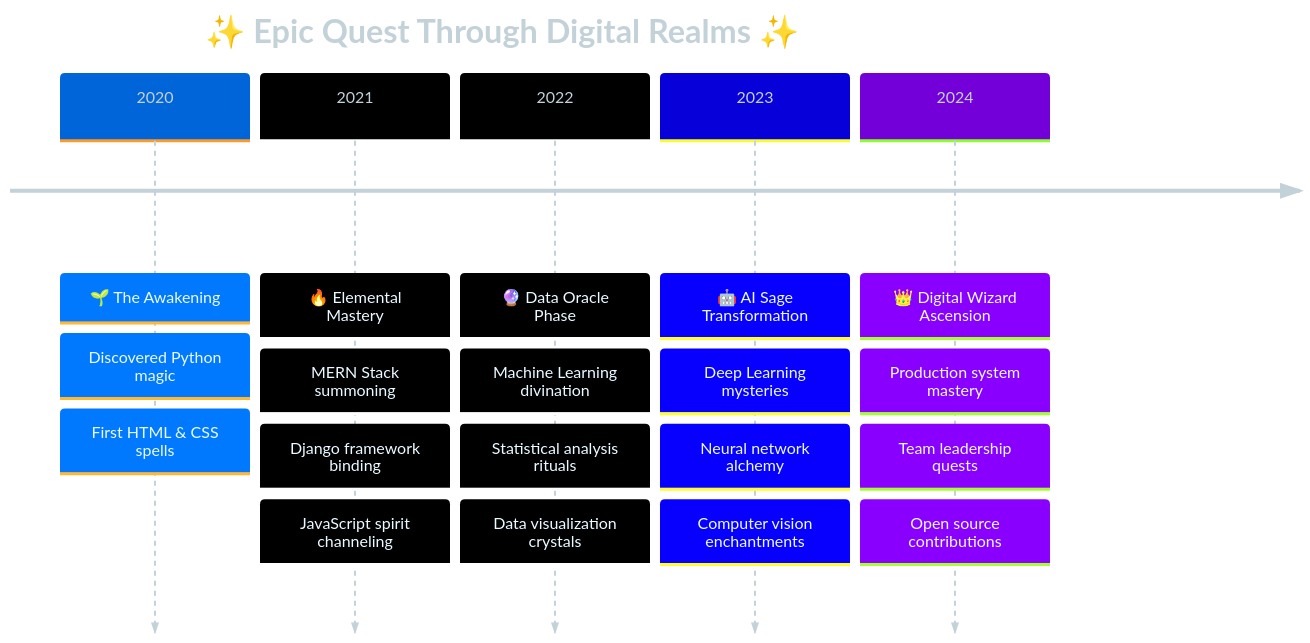
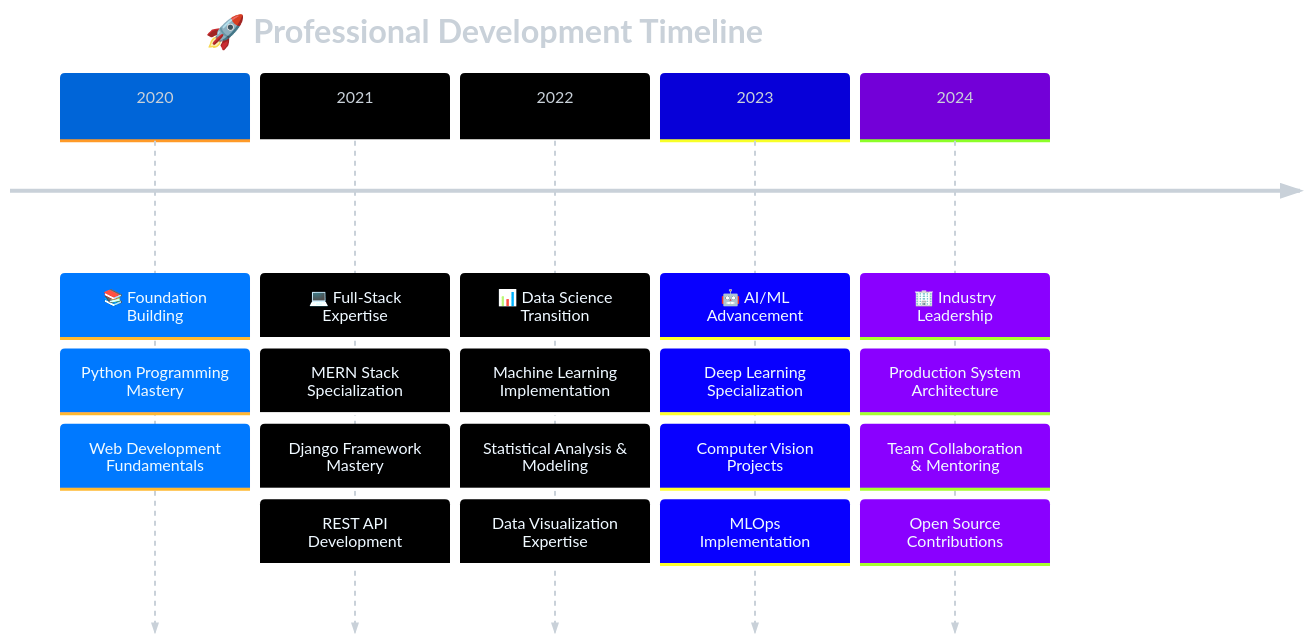
The diagram in README.md (uddhav-brai/uddhav-brai), drawn with Mermaid before and after one commit. The commit also changed other lines of this file, not shown here.

````diff
--- a/README.md
+++ b/README.md
@@ -185,29 +184,29 @@
 ```mermaid
-%%{init: {'theme':'base', 'themeVariables': {'primaryColor': '#58a6ff', 'primaryTextColor': '#c3d1d9', 'primaryBorderColor': '#1f6feb', 'lineColor': '#58a6ff', 'secondaryColor': '#0d1117', 'tertiaryColor': '#21262d'}}}%%
+%%{init: {'theme':'base', 'themeVariables': {'primaryColor': '#58a6ff', 'primaryTextColor': '#c9d1d9', 'primaryBorderColor': '#58a6ff', 'lineColor': '#58a6ff', 'secondaryColor': '#0d1117', 'tertiaryColor': '#21262d'}}}%%
 timeline
-    title ✨ Epic Quest Through Digital Realms ✨
+    title 🚀 Professional Development Timeline
     
-    2020 : 🌱 The Awakening
-         : Discovered Python magic
-         : First HTML & CSS spells
+    2020 : 📚 Foundation Building
+         : Python Programming Mastery
+         : Web Development Fundamentals
          
-    2021 : 🔥 Elemental Mastery
-         : MERN Stack summoning
-         : Django framework binding
-         : JavaScript spirit channeling
+    2021 : 💻 Full-Stack Expertise
+         : MERN Stack Specialization
+         : Django Framework Mastery
+         : REST API Development
          
-    2022 : 🔮 Data Oracle Phase
-         : Machine Learning divination
-         : Statistical analysis rituals
-         : Data visualization crystals
+    2022 : 📊 Data Science Transition
+         : Machine Learning Implementation
+         : Statistical Analysis & Modeling
+         : Data Visualization Expertise
          
-    2023 : 🤖 AI Sage Transformation
-         : Deep Learning mysteries
-         : Neural network alchemy  
-         : Computer vision enchantments
+    2023 : 🤖 AI/ML Advancement
+         : Deep Learning Specialization
+         : Computer Vision Projects
+         : MLOps Implementation
          
-    2024 : 👑 Digital Wizard Ascension
-         : Production system mastery
-         : Team leadership quests
-         : Open source contributions
+    2024 : 🏢 Industry Leadership
+         : Production System Architecture
+         : Team Collaboration & Mentoring
+         : Open Source Contributions
 ```
````
